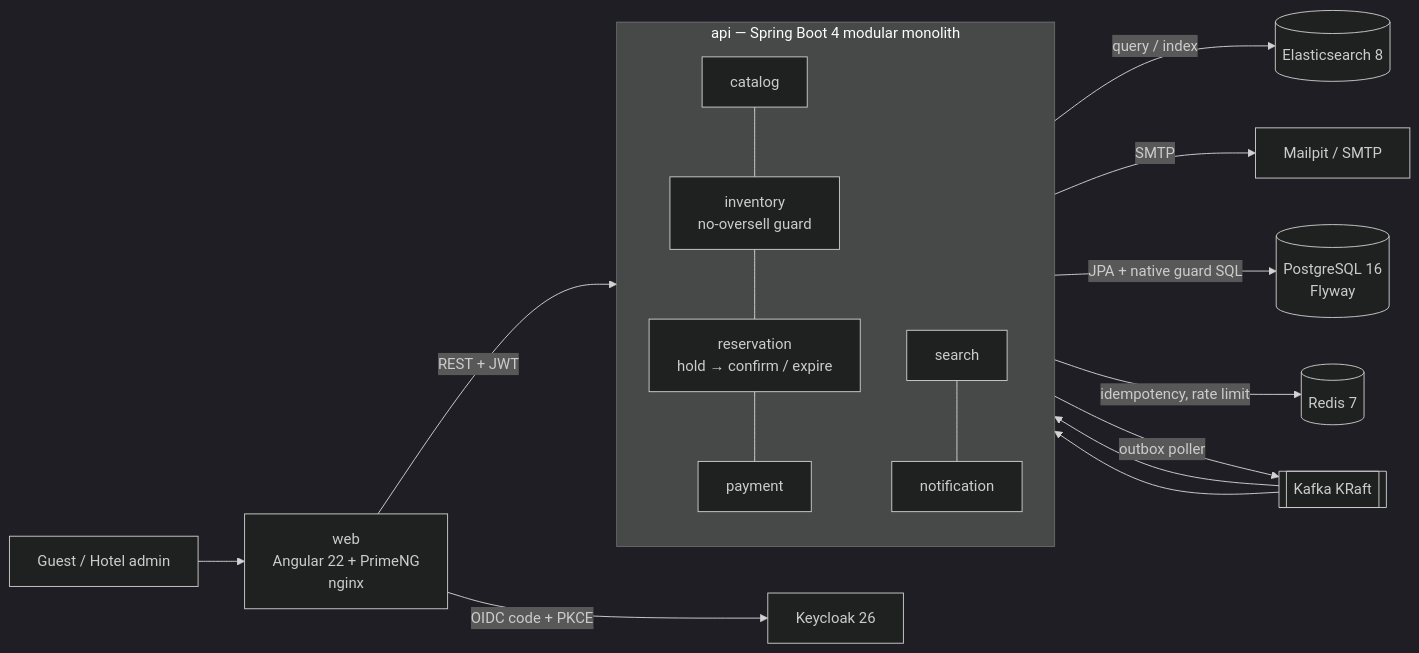
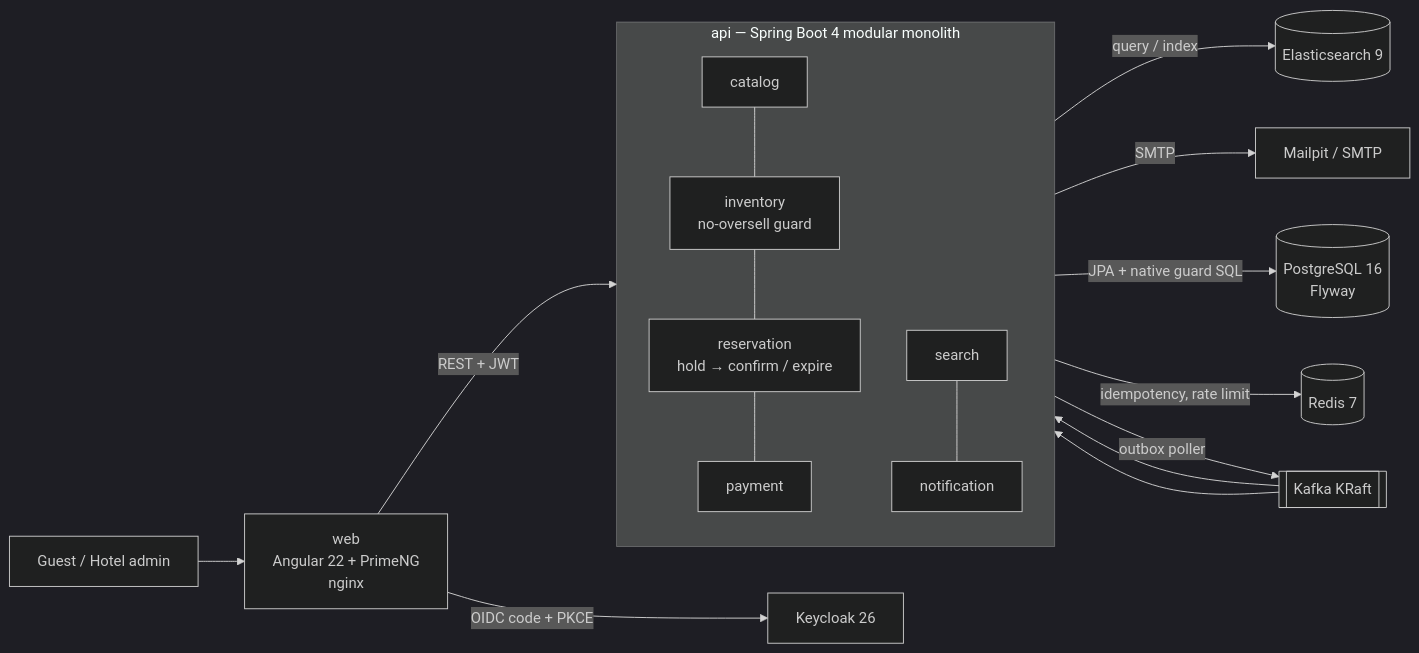
Before and after one commit to rhorba/nuzul: the diagram in README.md, drawn with Mermaid (dark theme). The commit also changed other lines of this file and 21 other files, not shown here.

First line of the commit message:
feat(search): Elasticsearch hotels index behind an alias

````diff
--- a/README.md
+++ b/README.md
@@ -13,22 +13,22 @@
 ```mermaid
 flowchart LR
     U[Guest / Hotel admin] --> W[web<br/>Angular 22 + PrimeNG<br/>nginx]
     W -- OIDC code + PKCE --> K[Keycloak 26]
     W -- REST + JWT --> A
 
     subgraph A[api — Spring Boot 4 modular monolith]
         direction TB
         C[catalog] --- I[inventory<br/>no-oversell guard]
         I --- R[reservation<br/>hold → confirm / expire]
         R --- P[payment]
         S[search] --- N[notification]
     end
 
     A -- JPA + native guard SQL --> PG[(PostgreSQL 16<br/>Flyway)]
     A -- idempotency, rate limit --> RD[(Redis 7)]
     A -- outbox poller --> KF[[Kafka KRaft]]
     KF --> S
     KF --> N
-    S -- query / index --> ES[(Elasticsearch 8)]
+    S -- query / index --> ES[(Elasticsearch 9)]
     N -- SMTP --> M[Mailpit / SMTP]
 ```
````
